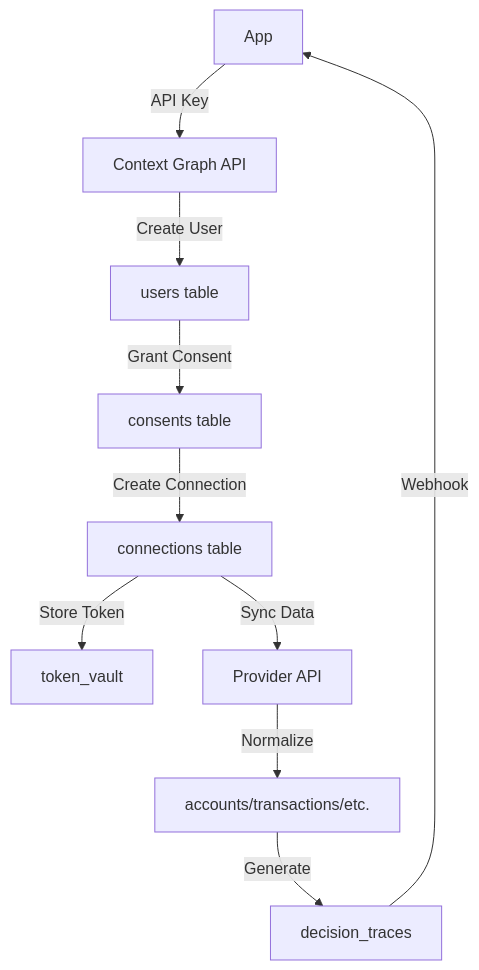
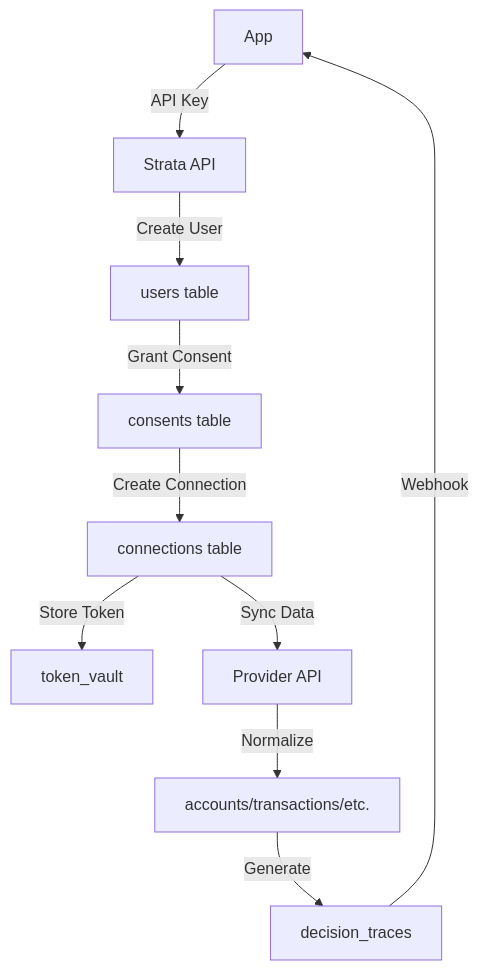
One commit to alexchaomander/ClearMoney changed the second of 2 diagrams in docs/platform/data-model.md. Above: the diagram before and after it, drawn with Mermaid. The commit also changed other lines of this file and 19 other files, not shown here.

First line of the commit message:
Rebrand Context Graph to Strata and add MVP implementation spec

````diff
--- a/docs/platform/data-model.md
+++ b/docs/platform/data-model.md
@@ -630,12 +630,12 @@
 ```mermaid
 flowchart TD
-    A[App] -->|API Key| B[Context Graph API]
+    A[App] -->|API Key| B[Strata API]
     B -->|Create User| C[users table]
     C -->|Grant Consent| D[consents table]
     D -->|Create Connection| E[connections table]
     E -->|Store Token| F[token_vault]
     E -->|Sync Data| G[Provider API]
     G -->|Normalize| H[accounts/transactions/etc.]
     H -->|Generate| I[decision_traces]
     I -->|Webhook| A
 ```
````
